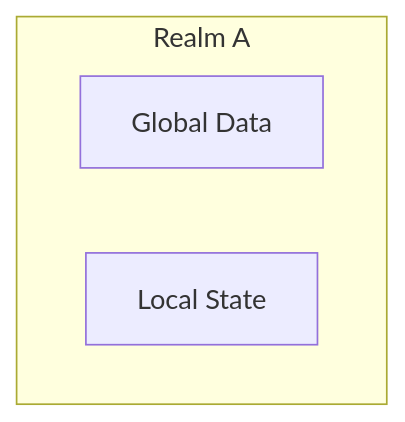
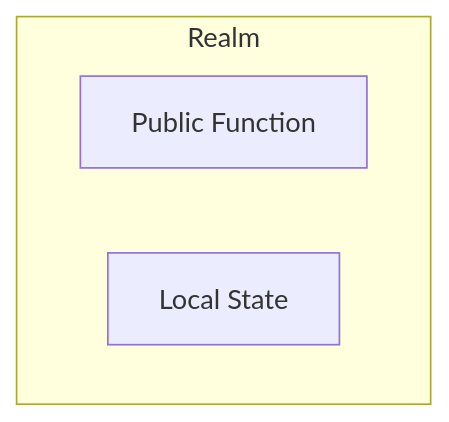
Before and after one commit to samouraiworld/peerdev: the first of 11 diagrams in gno-tutorials/short-tutorials/3-inter-realm/slides.md, drawn with Mermaid. The commit also changed other lines of this file, not shown here.

Commit message:
refactor(inter-realm): upgrade inter-realm specification slide

````diff
--- a/gno-tutorials/short-tutorials/3-inter-realm/slides.md
+++ b/gno-tutorials/short-tutorials/3-inter-realm/slides.md
@@ -32,7 +36,7 @@
 ```mermaid 
 flowchart TD
-  subgraph Realm_A["Realm A"]
-    D1[Global Data]
+  subgraph Realm["Realm"]
+    D1[Public Function]
     L1[Local State]
   end
 ```
````
